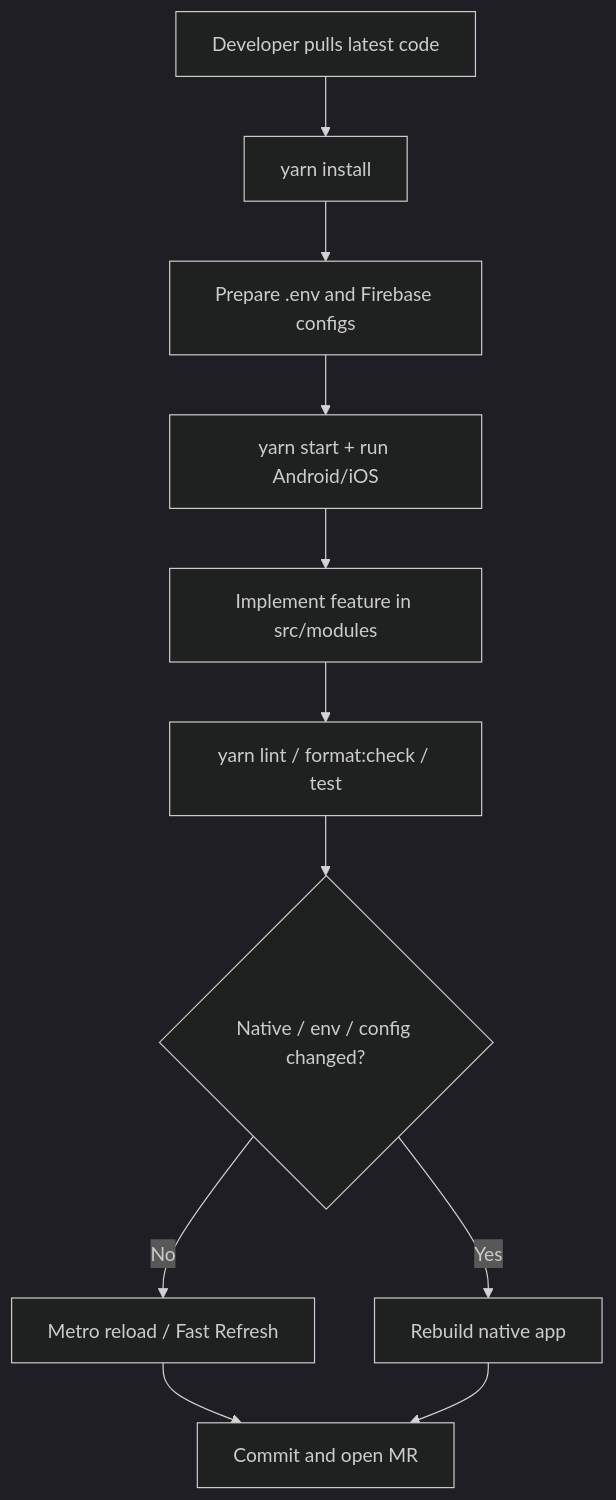
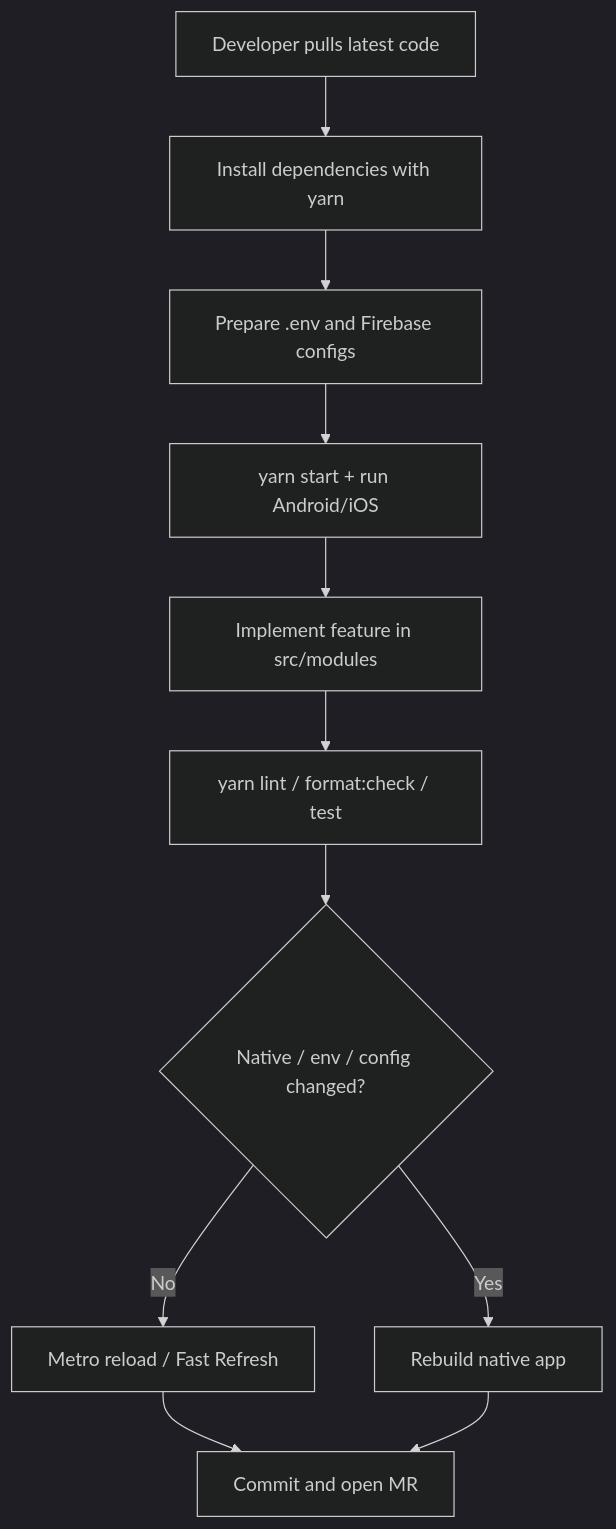
One commit to ThangTech/ALP-HRM-REACTNATIVE changed the first of 10 diagrams in README.md. Above: the diagram before and after it, drawn with Mermaid (dark theme). The commit also changed other lines of this file, not shown here.

````diff
--- a/README.md
+++ b/README.md
@@ -345,13 +258,13 @@
 ```mermaid
 flowchart TD
-  A[Developer pulls latest code] --> B[yarn install]
+  A[Developer pulls latest code] --> B[Install dependencies with yarn]
   B --> C[Prepare .env and Firebase configs]
   C --> D[yarn start + run Android/iOS]
   D --> E[Implement feature in src/modules]
   E --> F[yarn lint / format:check / test]
   F --> G{Native / env / config changed?}
   G -- No --> H[Metro reload / Fast Refresh]
   G -- Yes --> I[Rebuild native app]
   H --> J[Commit and open MR]
   I --> J
 ```
````
